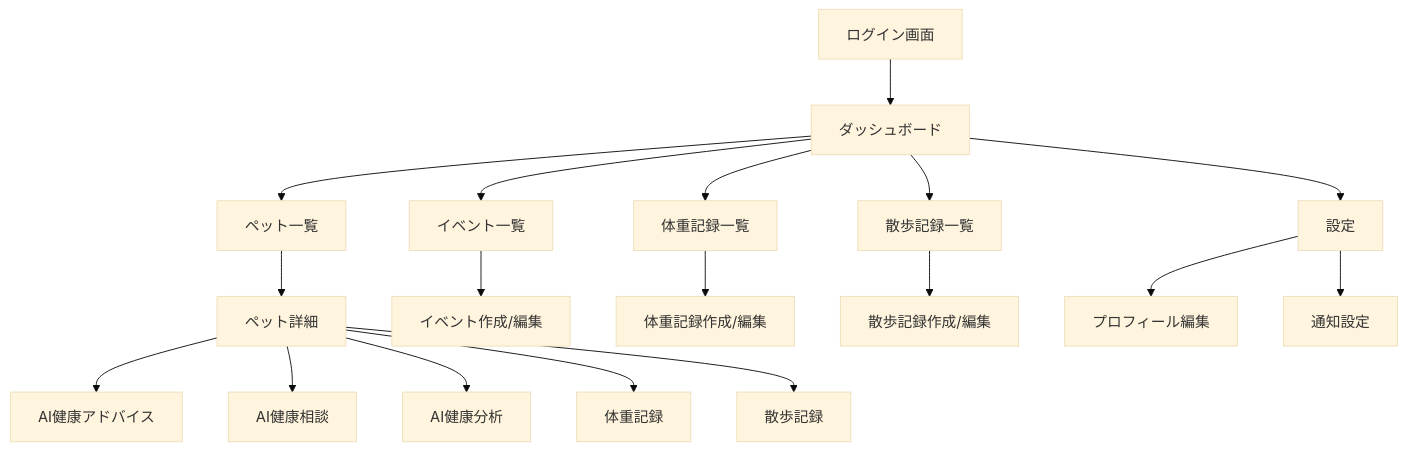
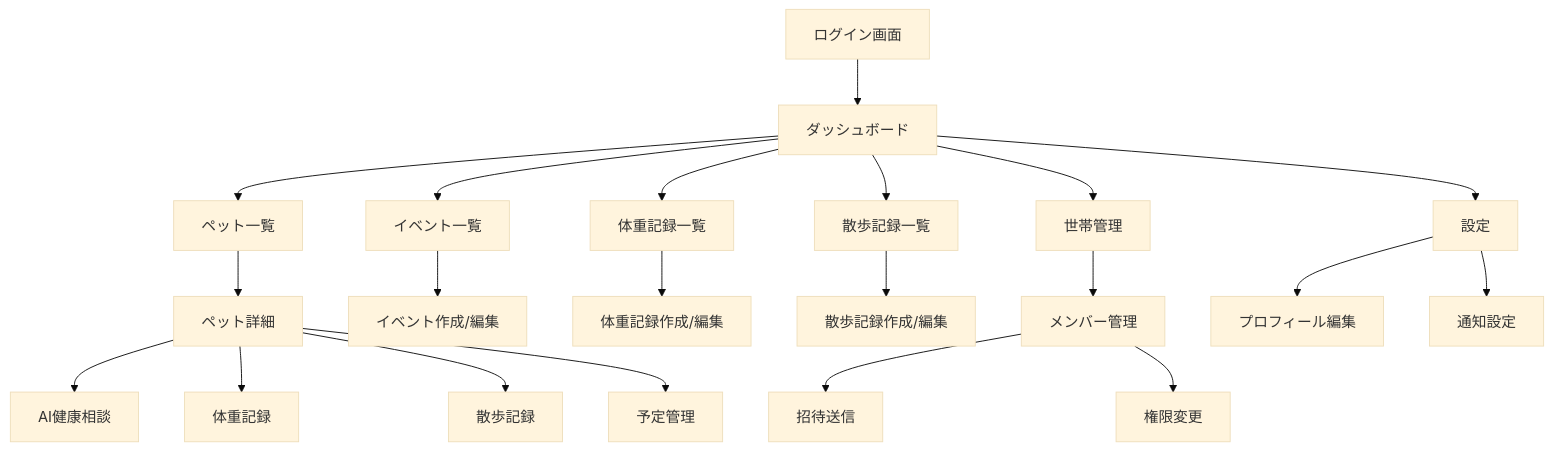
One commit to taiyifuyuan2/pet-health2 changed the second of 2 diagrams in README.md. Above: the diagram before and after it, drawn with Mermaid (base theme). The commit also changed other lines of this file, not shown here.

````diff
--- a/README.md
+++ b/README.md
@@ -175,23 +236,27 @@
 ```mermaid
 graph TD
     A[ログイン画面] --> B[ダッシュボード]
     B --> C[ペット一覧]
     B --> D[イベント一覧]
     B --> E[体重記録一覧]
     B --> F[散歩記録一覧]
+    B --> G[世帯管理]
     
-    C --> G[ペット詳細]
-    G --> H[AI健康アドバイス]
-    G --> I[AI健康相談]
-    G --> J[AI健康分析]
-    G --> K[体重記録]
-    G --> L[散歩記録]
+    C --> H[ペット詳細]
+    H --> I[AI健康相談]
+    H --> J[体重記録]
+    H --> K[散歩記録]
+    H --> L[予定管理]
     
     D --> M[イベント作成/編集]
     E --> N[体重記録作成/編集]
     F --> O[散歩記録作成/編集]
     
-    B --> P[設定]
-    P --> Q[プロフィール編集]
-    P --> R[通知設定]
+    G --> P[メンバー管理]
+    P --> Q[招待送信]
+    P --> R[権限変更]
+    
+    B --> S[設定]
+    S --> T[プロフィール編集]
+    S --> U[通知設定]
 ```
````
